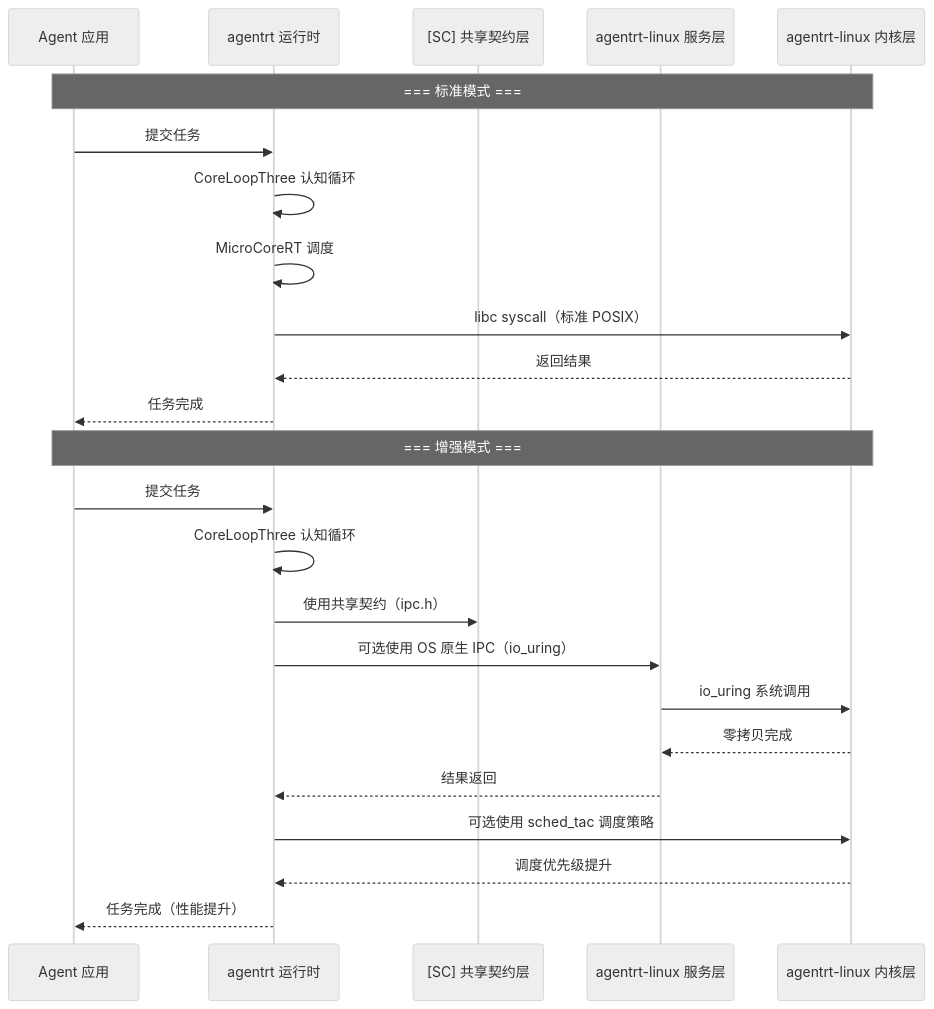
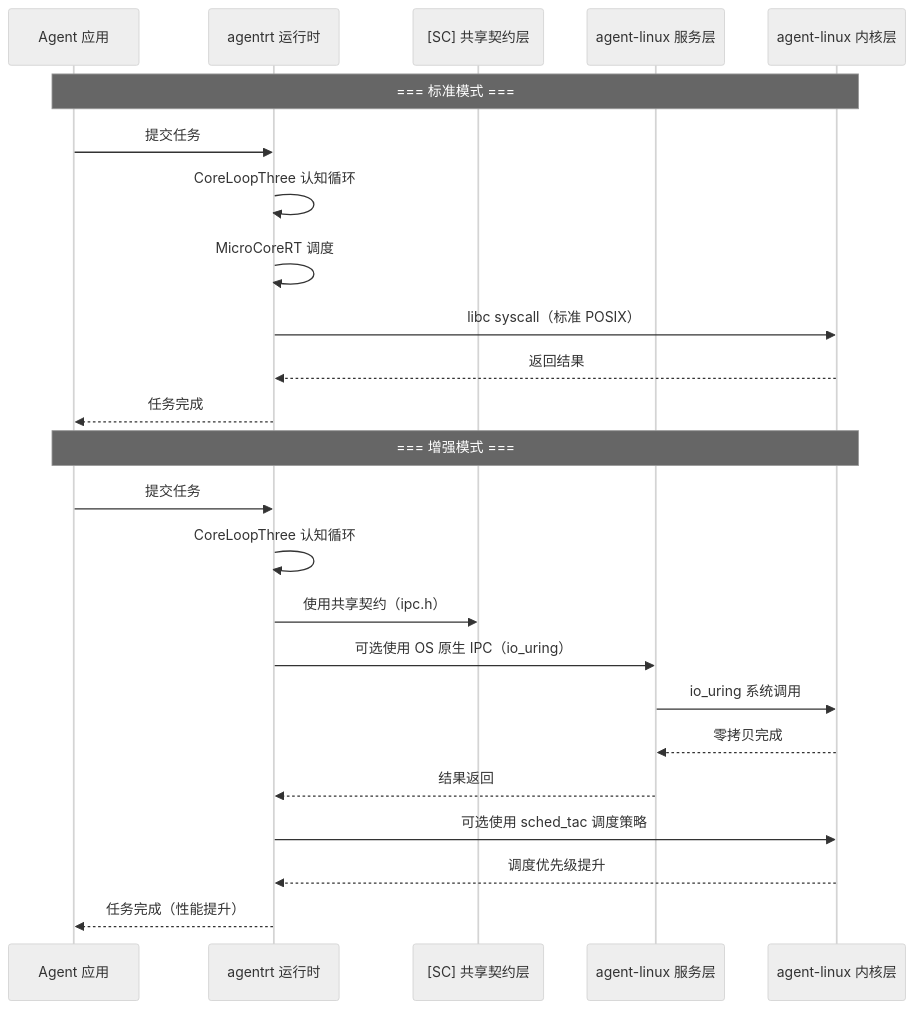
Before and after one commit to openairymax/docs-linux: the third of 4 diagrams in 50-engineering-standards/40-integration/integration.md, drawn with Mermaid (neutral theme). The commit also changed other lines of this file and 172 other files, not shown here.

Commit message:
docs: rename agentrt-linux to agent-linux across docs v0.1.3 双工程结构：agentrt-linux 改名 agent-linux。docs 全仓 186 个 文件中的 agentrt-linux 引用统一为 agent-linux（AirymaxOS 工程名/ URL/路径引用；commit hash 与历史不变）。

````diff
--- a/50-engineering-standards/40-integration/integration.md
+++ b/50-engineering-standards/40-integration/integration.md
@@ -709,28 +709,28 @@
 ```mermaid
 sequenceDiagram
     participant App as Agent 应用
     participant RT as agentrt 运行时
     participant SC as [SC] 共享契约层
-    participant OS_SVC as agentrt-linux 服务层
-    participant OS_KERN as agentrt-linux 内核层
+    participant OS_SVC as agent-linux 服务层
+    participant OS_KERN as agent-linux 内核层
 
     Note over App,OS_KERN: === 标准模式 ===
     App->>RT: 提交任务
     RT->>RT: CoreLoopThree 认知循环
     RT->>RT: MicroCoreRT 调度
     RT->>OS_KERN: libc syscall（标准 POSIX）
     OS_KERN-->>RT: 返回结果
     RT-->>App: 任务完成
 
     Note over App,OS_KERN: === 增强模式 ===
     App->>RT: 提交任务
     RT->>RT: CoreLoopThree 认知循环
     RT->>SC: 使用共享契约（ipc.h）
     RT->>OS_SVC: 可选使用 OS 原生 IPC（io_uring）
     OS_SVC->>OS_KERN: io_uring 系统调用
     OS_KERN-->>OS_SVC: 零拷贝完成
     OS_SVC-->>RT: 结果返回
     RT->>OS_KERN: 可选使用 sched_tac 调度策略
     OS_KERN-->>RT: 调度优先级提升
     RT-->>App: 任务完成（性能提升）
 ```
````
